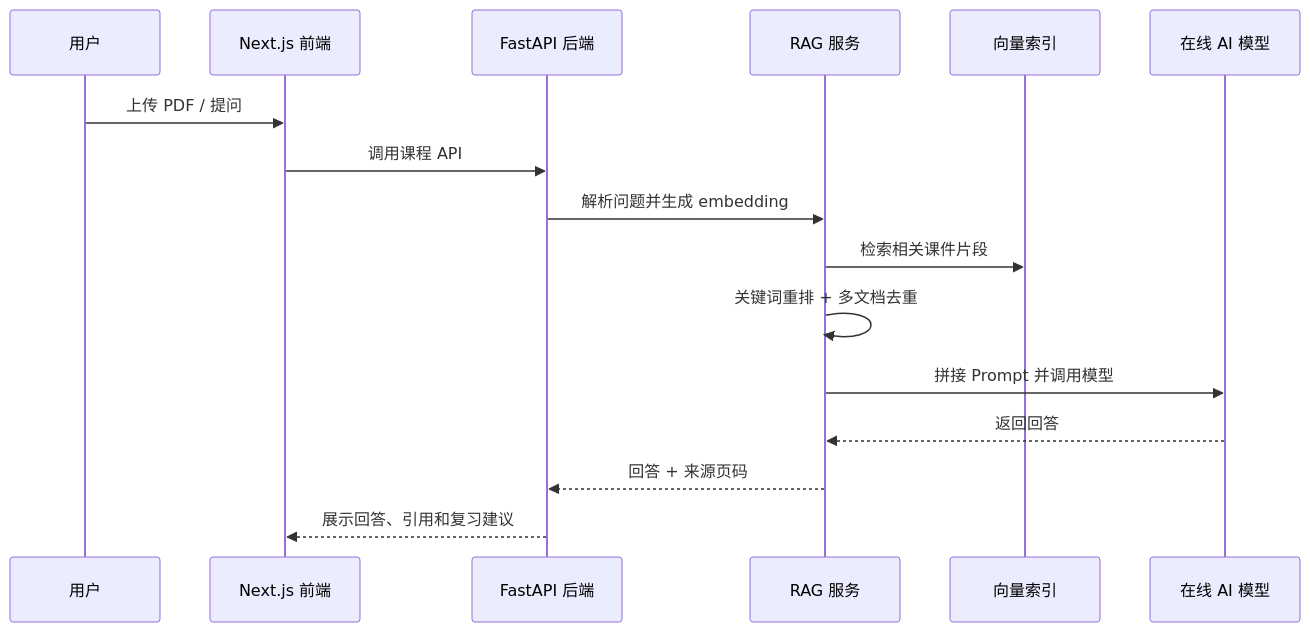
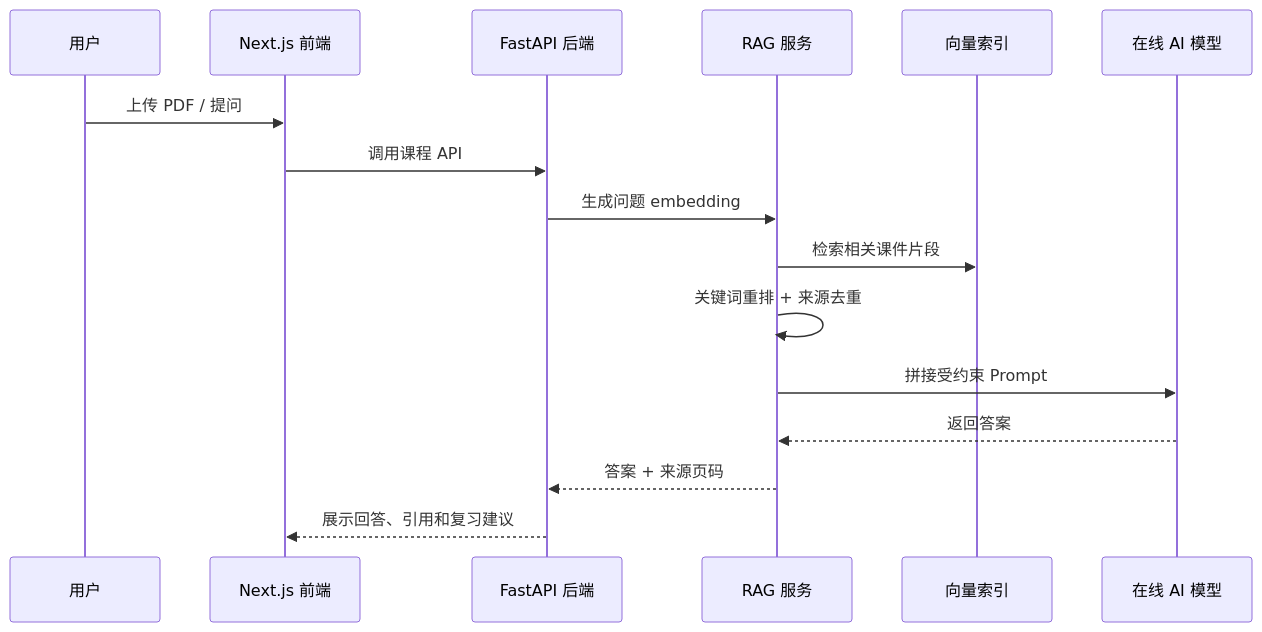
The second of 2 diagrams in README.md (lc114548274-pixel/campusmind-ai-study-assistant), drawn with Mermaid before and after one commit. The commit also changed other lines of this file and 6 other files, not shown here.

````diff
--- a/README.md
+++ b/README.md
@@ -68,19 +73,19 @@
 ```mermaid
 sequenceDiagram
   participant U as 用户
   participant Web as Next.js 前端
   participant API as FastAPI 后端
   participant RAG as RAG 服务
   participant V as 向量索引
   participant LLM as 在线 AI 模型
 
   U->>Web: 上传 PDF / 提问
   Web->>API: 调用课程 API
-  API->>RAG: 解析问题并生成 embedding
+  API->>RAG: 生成问题 embedding
   RAG->>V: 检索相关课件片段
-  RAG->>RAG: 关键词重排 + 多文档去重
-  RAG->>LLM: 拼接 Prompt 并调用模型
-  LLM-->>RAG: 返回回答
-  RAG-->>API: 回答 + 来源页码
+  RAG->>RAG: 关键词重排 + 来源去重
+  RAG->>LLM: 拼接受约束 Prompt
+  LLM-->>RAG: 返回答案
+  RAG-->>API: 答案 + 来源页码
   API-->>Web: 展示回答、引用和复习建议
 ```
````
